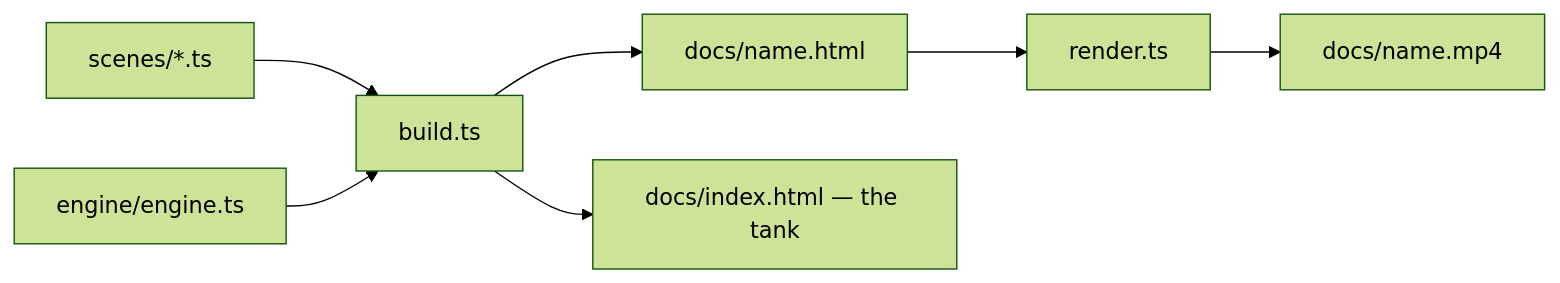
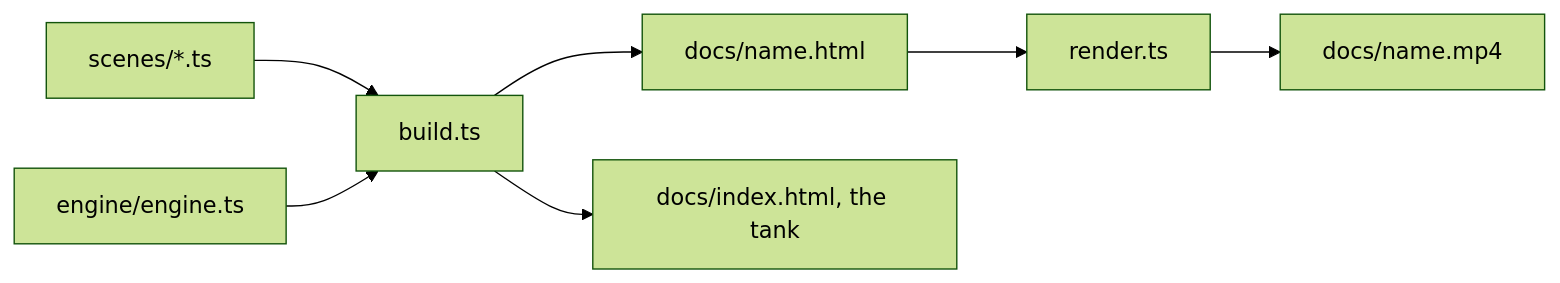
Before and after one commit to nitrimandylis/clawdarium: the diagram in README.md, drawn with Mermaid (forest theme). The commit also changed other lines of this file and 3 other files, not shown here.

````diff
--- a/README.md
+++ b/README.md
@@ -81,9 +81,9 @@
 ```mermaid
 flowchart LR
     S[scenes/*.ts] --> B[build.ts]
     E[engine/engine.ts] --> B
     B --> H[docs/name.html]
-    B --> T[docs/index.html — the tank]
+    B --> T[docs/index.html, the tank]
     H --> R[render.ts]
     R --> M[docs/name.mp4]
 ```
````
